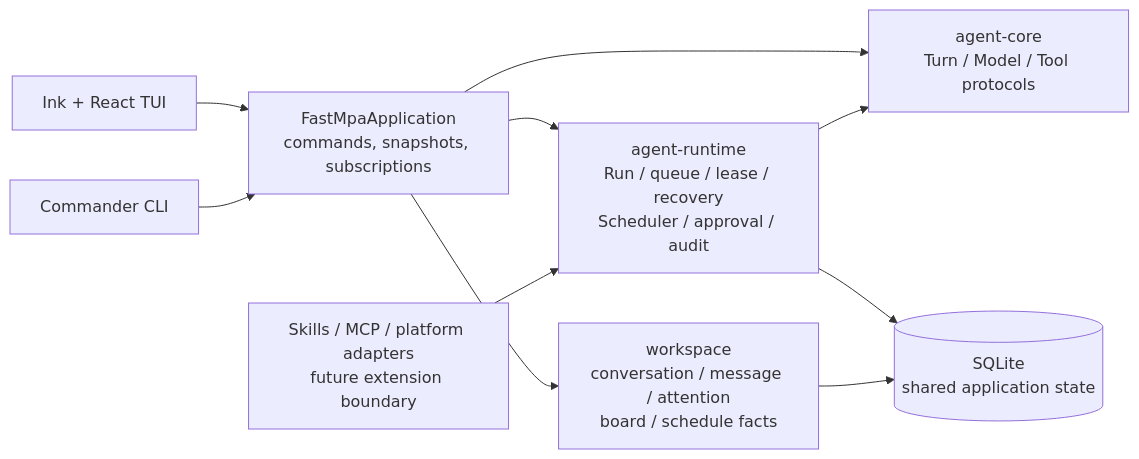
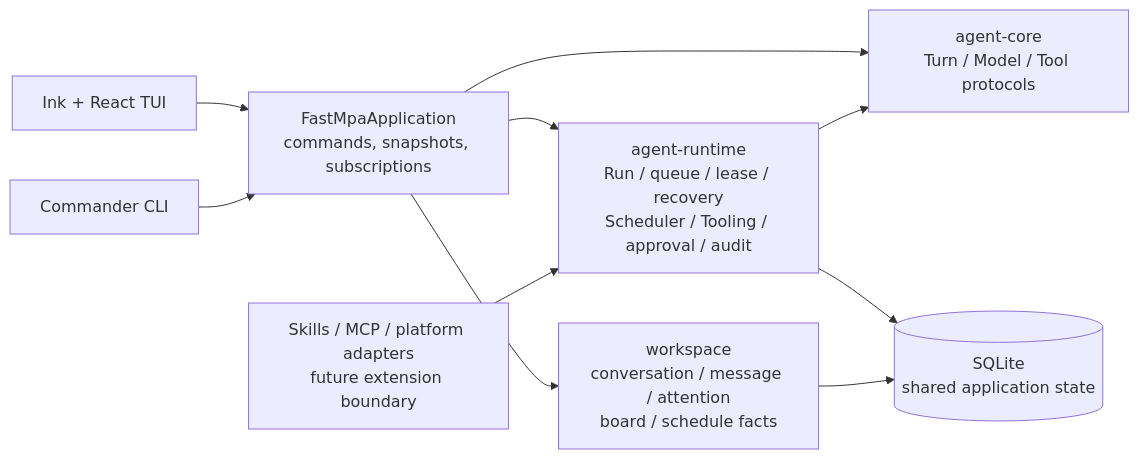
Before and after one commit to ShawnDen-coder/fastmpa: the first of 3 diagrams in docs/ARCHITECTURE.md, drawn with Mermaid. The commit also changed 9 other files, not shown here.

Commit message:
Refresh architecture and product documentation

````diff
--- a/docs/ARCHITECTURE.md
+++ b/docs/ARCHITECTURE.md
@@ -8,21 +8,21 @@
 ```mermaid
 flowchart LR
     TUI[Ink + React TUI]
     CLI[Commander CLI]
     APP[FastMpaApplication\ncommands, snapshots, subscriptions]
     CORE[agent-core\nTurn / Model / Tool protocols]
-    RUNTIME[agent-runtime\nRun / queue / lease / recovery\nScheduler / approval / audit]
+    RUNTIME[agent-runtime\nRun / queue / lease / recovery\nScheduler / Tooling / approval / audit]
     WORKSPACE[workspace\nconversation / message / attention\nboard / schedule facts]
     DB[(SQLite\nshared application state)]
     EXT[Skills / MCP / platform adapters\nfuture extension boundary]
 
     TUI --> APP
     CLI --> APP
     APP --> CORE
     APP --> RUNTIME
     APP --> WORKSPACE
     RUNTIME --> CORE
     RUNTIME --> DB
     WORKSPACE --> DB
     EXT --> RUNTIME
 ```
````
